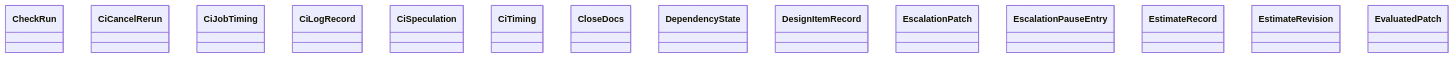
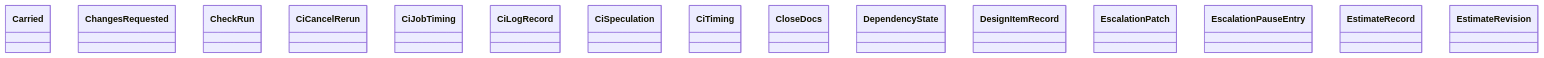
One commit to GonzaloZevallos/agentic-system changed the diagram in docs/architecture/generated/classes-process-domain-state-3.md. Above: the diagram before and after it, drawn with Mermaid. The commit also changed other lines of this file and 21 other files, not shown here.

````diff
--- a/docs/architecture/generated/classes-process-domain-state-3.md
+++ b/docs/architecture/generated/classes-process-domain-state-3.md
@@ -23,17 +23,18 @@
 ```mermaid
 classDiagram
+    class task__Carried["Carried"]
+    class task__ChangesRequested["ChangesRequested"]
     class task__CheckRun["CheckRun"]
     class task__CiCancelRerun["CiCancelRerun"]
     class task__CiJobTiming["CiJobTiming"]
     class task__CiLogRecord["CiLogRecord"]
     class task__CiSpeculation["CiSpeculation"]
     class task__CiTiming["CiTiming"]
     class task__CloseDocs["CloseDocs"]
     class task__DependencyState["DependencyState"]
     class task__DesignItemRecord["DesignItemRecord"]
     class task__EscalationPatch["EscalationPatch"]
     class task__EscalationPauseEntry["EscalationPauseEntry"]
     class task__EstimateRecord["EstimateRecord"]
     class task__EstimateRevision["EstimateRevision"]
-    class task__EvaluatedPatch["EvaluatedPatch"]
 ```
````
